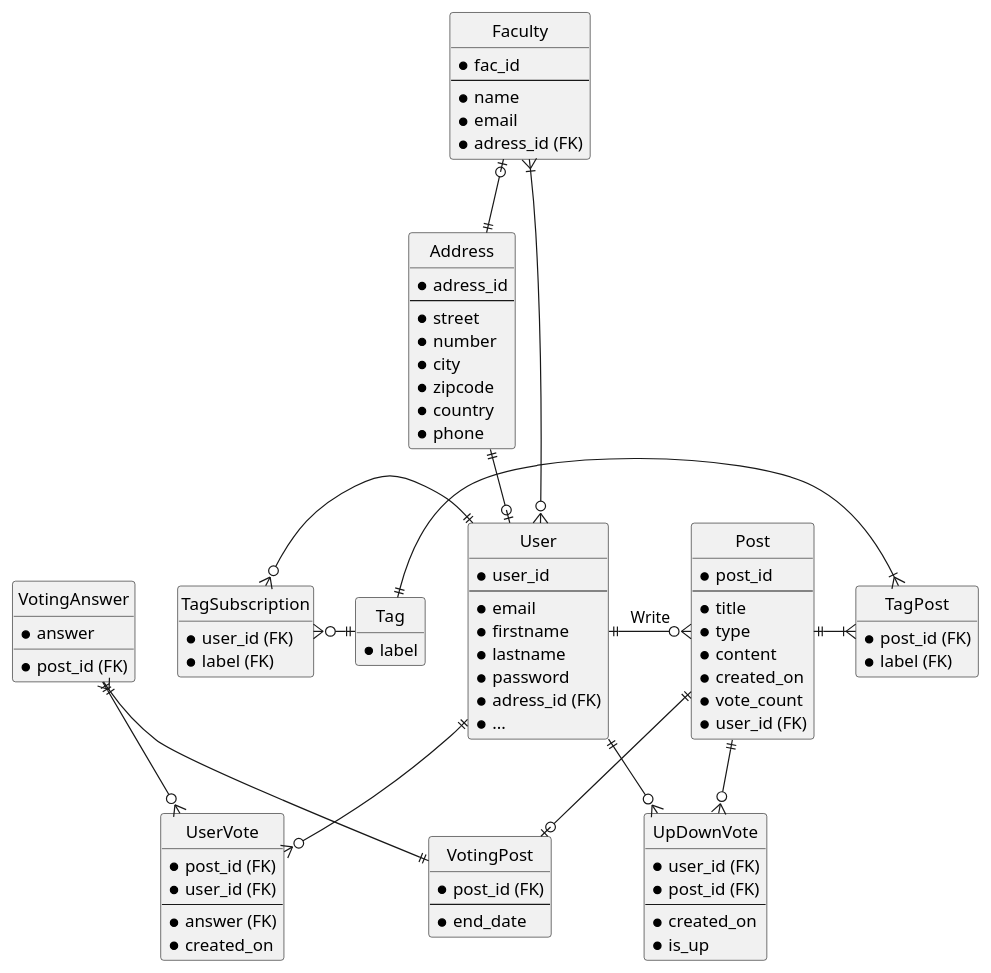
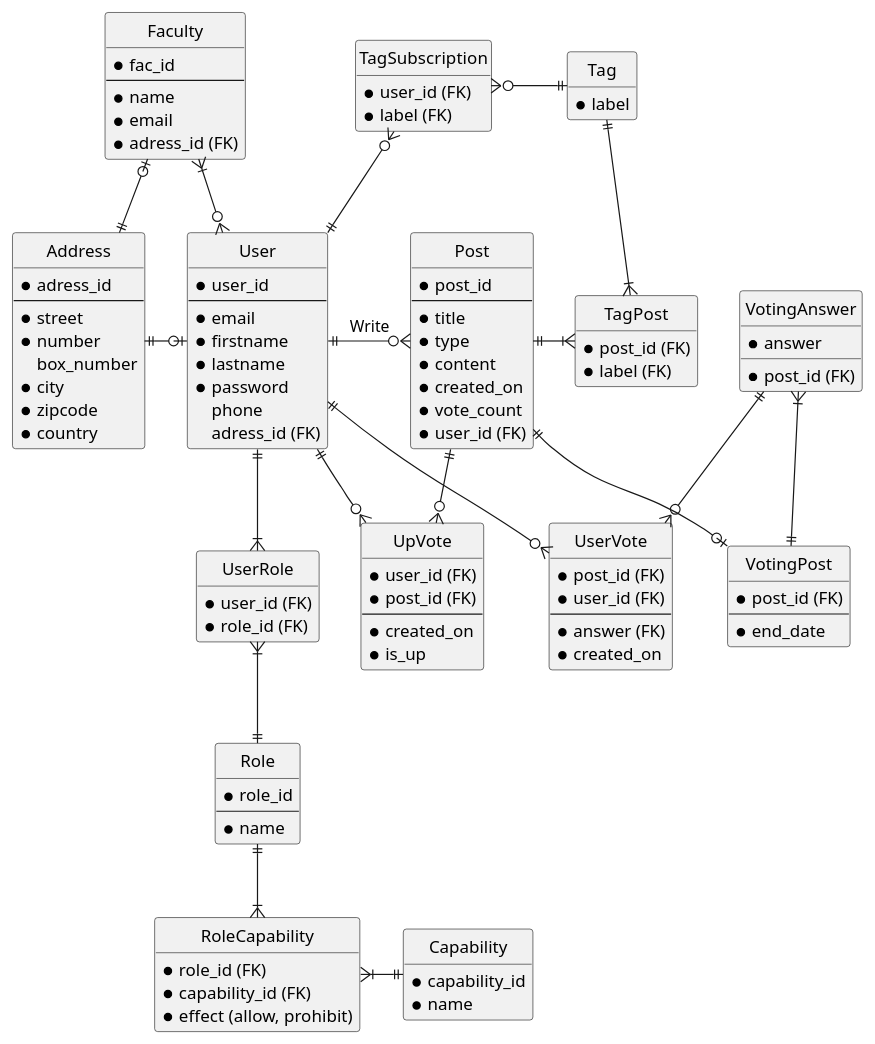
The diagram in doc/uml/database_schema.wsd (LeGroupeDeFer/infom114_LaboMDL), drawn with PlantUML before and after one commit. The commit also changed 2 other files, not shown here.

Commit message:
update database schema (adding role/capabilities)

```diff
--- a/doc/uml/database_schema.wsd
+++ b/doc/uml/database_schema.wsd
@@ -1,132 +1,160 @@
 @startuml db_mdl
 
 hide circle
 hide empty members
 
 ' entity Entity {
 '    * identifying_attribute
 '    --
 '    * mandatory_attribute
 '    optional_attribute
 ' }
 
 ' ' zero or one
 ' A |o--o| B
 
 ' ' exactly one
 ' C ||--|| D
 
 ' ' zero or many
 ' E }o--o{ F
 
 ' ' one or many
 ' G }|--|{ H
 
 entity User {
   * user_id
   --
   * email 
   * firstname 
   * lastname
   * password
-  * adress_id (FK)
-  * ...
+  phone
+  adress_id (FK)
 }
 
 entity Address {
   * adress_id
   --
   * street
   * number
+  box_number
   * city
   * zipcode
   * country
-  * phone
 }
 
 
-
-entity UpDownVote {
+entity UpVote {
   * user_id (FK)
   * post_id (FK)
   --
   * created_on
   * is_up
 }
 
 entity TagSubscription{
   * user_id (FK)
   * label (FK)
 }
 
 entity Tag {
   * label
 }
 
 entity Post {
   * post_id
   --
   * title
   * type
   * content
   * created_on
   * vote_count
   * user_id (FK)
 }
 
 
 entity VotingPost {
   * post_id (FK)
   --
   * end_date
 }
 
 entity TagPost {
     * post_id (FK)
     * label (FK)
 }
 
 entity UserVote {
   * post_id (FK)
   * user_id (FK)
   --
   * answer (FK)
   * created_on
 }
 
 entity VotingAnswer{
   * post_id (FK)
   * answer
 }
 
 entity Faculty  {
   * fac_id
   --
   * name
   * email
   * adress_id (FK)
 }
 
-Address ||--o| User
+entity Role {
+  * role_id
+  --
+  * name
+}
+
+entity UserRole {
+  * user_id (FK)
+  * role_id (FK)
+}
+
+entity RoleCapability {
+  * role_id (FK)
+  * capability_id (FK)
+  * effect (allow, prohibit)
+}
+
+entity Capability {
+  * capability_id
+  * name
+}
+
+Address ||-o| User
 
 
 Faculty }|--o{ User
 Faculty |o--|| Address
 
 
 User ||-o{ Post : Write
-User ||--o{ UpDownVote 
-Post ||--o{ UpDownVote 
+User ||--o{ UpVote 
+Post ||--o{ UpVote 
 
 Post ||--o| VotingPost
 VotingAnswer}|-|| VotingPost
 
 User  ||--o{ UserVote
 VotingAnswer ||--o{  UserVote 
 
-TagSubscription }o-|| User
+TagSubscription }o--|| User
 TagSubscription }o-|| Tag
 
-Tag  ||-|{  TagPost
+Tag  ||--|{  TagPost
 Post ||-|{  TagPost
+
+
+User ||--|{ UserRole
+UserRole }|--|| Role
+Role ||--|{ RoleCapability
+RoleCapability }|-|| Capability
+
 @enduml
```
